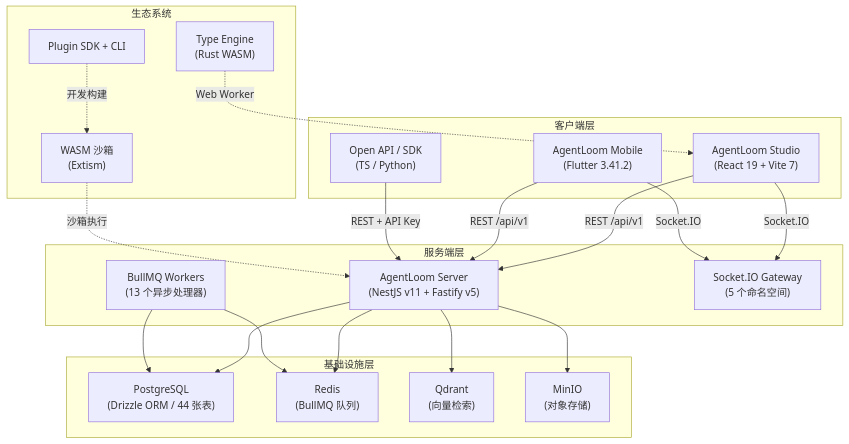
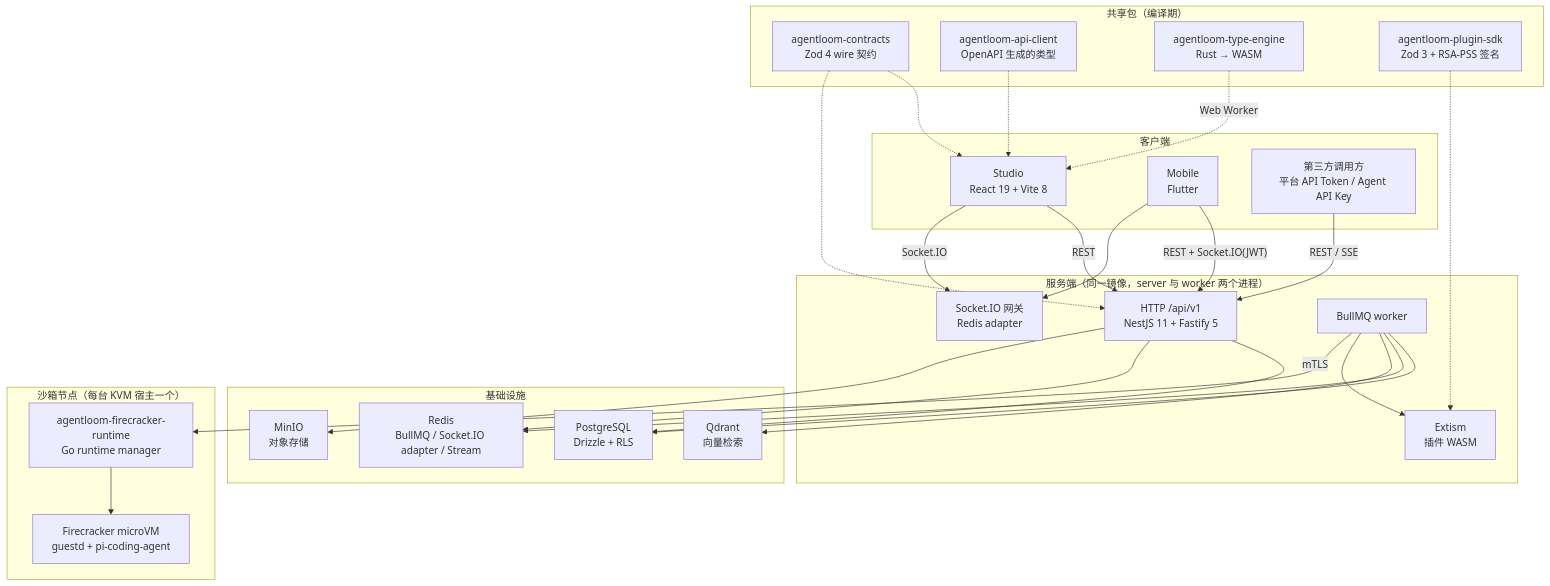
Before and after one commit to Lynricsy/AgentLoom: the first of 3 diagrams in agentloom-docs/dev/architecture.md, drawn with Mermaid. The commit also changed other lines of this file and 24 other files, not shown here.

````diff
--- a/agentloom-docs/dev/architecture.md
+++ b/agentloom-docs/dev/architecture.md
@@ -7,44 +11,56 @@
 ```mermaid
 flowchart TB
-    subgraph Clients["客户端层"]
-        Studio["AgentLoom Studio<br/>(React 19 + Vite 7)"]
-        Mobile["AgentLoom Mobile<br/>(Flutter 3.41.2)"]
-        OpenAPI["Open API / SDK<br/>(TS / Python)"]
+    subgraph Clients["客户端"]
+        Studio["Studio<br/>React 19 + Vite 8"]
+        Mobile["Mobile<br/>Flutter"]
+        ThirdParty["第三方调用方<br/>平台 API Token / Agent API Key"]
     end
 
-    subgraph Server["服务端层"]
-        NestJS["AgentLoom Server<br/>(NestJS v11 + Fastify v5)"]
-        Workers["BullMQ Workers<br/>(13 个异步处理器)"]
-        SocketIO["Socket.IO Gateway<br/>(5 个命名空间)"]
+    subgraph Shared["共享包（编译期）"]
+        Contracts["agentloom-contracts<br/>Zod 4 wire 契约"]
+        ApiClient["agentloom-api-client<br/>OpenAPI 生成的类型"]
+        TypeEngine["agentloom-type-engine<br/>Rust → WASM"]
+        PluginSdk["agentloom-plugin-sdk<br/>Zod 3 + RSA-PSS 签名"]
     end
 
-    subgraph Infra["基础设施层"]
-        PG["PostgreSQL<br/>(Drizzle ORM / 44 张表)"]
-        Redis["Redis<br/>(BullMQ 队列)"]
-        Qdrant["Qdrant<br/>(向量检索)"]
-        MinIO["MinIO<br/>(对象存储)"]
+    subgraph ServerSide["服务端（同一镜像，server 与 worker 两个进程）"]
+        Http["HTTP /api/v1<br/>NestJS 11 + Fastify 5"]
+        Gateways["Socket.IO 网关<br/>Redis adapter"]
+        Workers["BullMQ worker"]
+        Extism["Extism<br/>插件 WASM"]
     end
 
-    subgraph Ecosystem["生态系统"]
-        TypeEngine["Type Engine<br/>(Rust WASM)"]
-        PluginSDK["Plugin SDK + CLI"]
-        PluginWASM["WASM 沙箱<br/>(Extism)"]
+    subgraph Infra["基础设施"]
+        PG["PostgreSQL<br/>Drizzle + RLS"]
+        Redis["Redis<br/>BullMQ / Socket.IO adapter / Stream"]
+        Qdrant["Qdrant<br/>向量检索"]
+        MinIO["MinIO<br/>对象存储"]
     end
 
-    Studio -->|"REST /api/v1"| NestJS
-    Studio -->|"Socket.IO"| SocketIO
-    Mobile -->|"REST /api/v1"| NestJS
-    Mobile -->|"Socket.IO"| SocketIO
-    OpenAPI -->|"REST + API Key"| NestJS
+    subgraph Sandbox["沙箱节点（每台 KVM 宿主一个）"]
+        Manager["agentloom-firecracker-runtime<br/>Go runtime manager"]
+        VM["Firecracker microVM<br/>guestd + pi-coding-agent"]
+    end
 
-    NestJS --> PG
-    NestJS --> Redis
-    NestJS --> Qdrant
-    NestJS --> MinIO
+    Studio -->|"REST"| Http
+    Studio -->|"Socket.IO"| Gateways
+    Mobile -->|"REST + Socket.IO(JWT)"| Http
+    Mobile --> Gateways
+    ThirdParty -->|"REST / SSE"| Http
+
+    Http --> PG
+    Http --> Redis
+    Workers --> PG
     Workers --> Redis
-    Workers --> PG
+    Workers --> Qdrant
+    Http --> MinIO
+    Workers --> Extism
+    Workers -->|"mTLS"| Manager
+    Manager --> VM
 
+    Contracts -.-> Studio
+    Contracts -.-> Http
+    ApiClient -.-> Studio
     TypeEngine -.->|"Web Worker"| Studio
-    PluginSDK -.->|"开发构建"| PluginWASM
-    PluginWASM -.->|"沙箱执行"| NestJS
+    PluginSdk -.-> Extism
 ```
````
